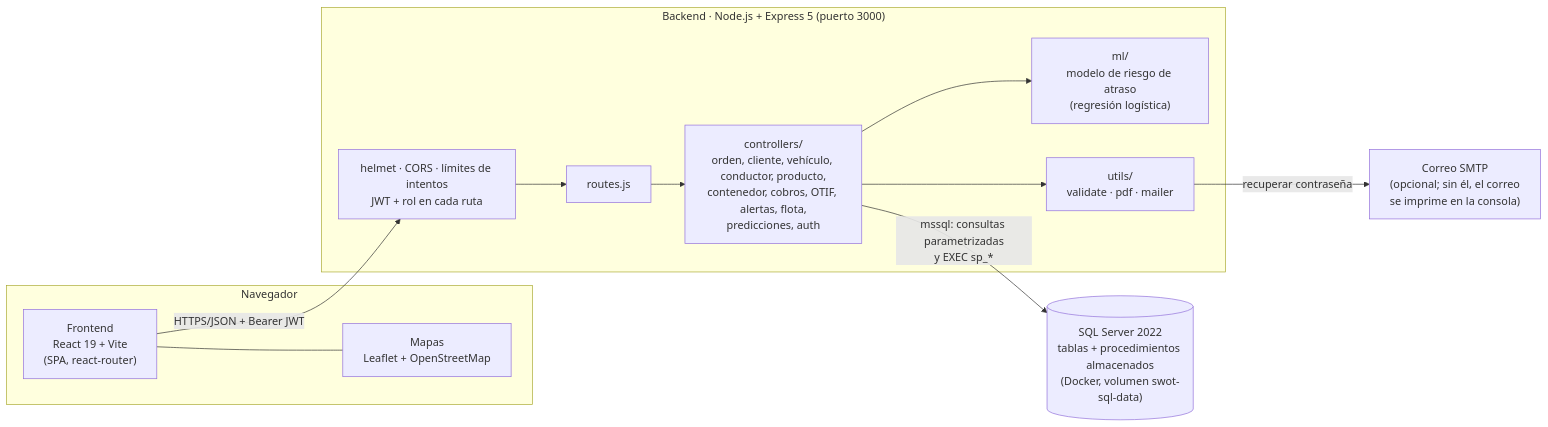
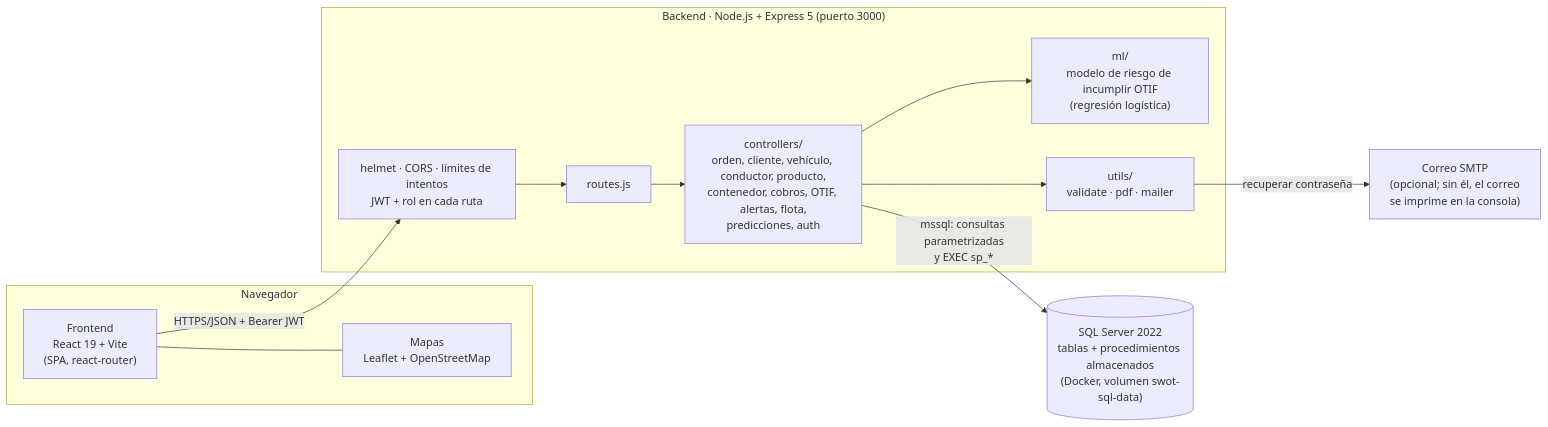
Before and after one commit to maricons/swot-mvp: the first of 3 diagrams in docs/arquitectura.md, drawn with Mermaid. The commit also changed other lines of this file and 14 other files, not shown here.

````diff
--- a/docs/arquitectura.md
+++ b/docs/arquitectura.md
@@ -7,25 +7,25 @@
 ```mermaid
 flowchart LR
     subgraph Navegador
         FE["Frontend<br/>React 19 + Vite<br/>(SPA, react-router)"]
         MAP["Mapas<br/>Leaflet + OpenStreetMap"]
     end
 
     subgraph API["Backend · Node.js + Express 5 (puerto 3000)"]
         SEC["helmet · CORS · límites de intentos<br/>JWT + rol en cada ruta"]
         RT["routes.js"]
         CT["controllers/<br/>orden, cliente, vehículo, conductor, producto,<br/>contenedor, cobros, OTIF, alertas, flota,<br/>predicciones, auth"]
-        ML["ml/<br/>modelo de riesgo de atraso<br/>(regresión logística)"]
+        ML["ml/<br/>modelo de riesgo de incumplir OTIF<br/>(regresión logística)"]
         UT["utils/<br/>validate · pdf · mailer"]
     end
 
     DB[("SQL Server 2022<br/>tablas + procedimientos almacenados<br/>(Docker, volumen swot-sql-data)")]
     SMTP["Correo SMTP<br/>(opcional; sin él, el correo<br/>se imprime en la consola)"]
 
     FE -- "HTTPS/JSON + Bearer JWT" --> SEC --> RT --> CT
     FE --- MAP
     CT --> UT
     CT --> ML
     CT -- "mssql: consultas parametrizadas<br/>y EXEC sp_*" --> DB
     UT -- "recuperar contraseña" --> SMTP
 ```
````
